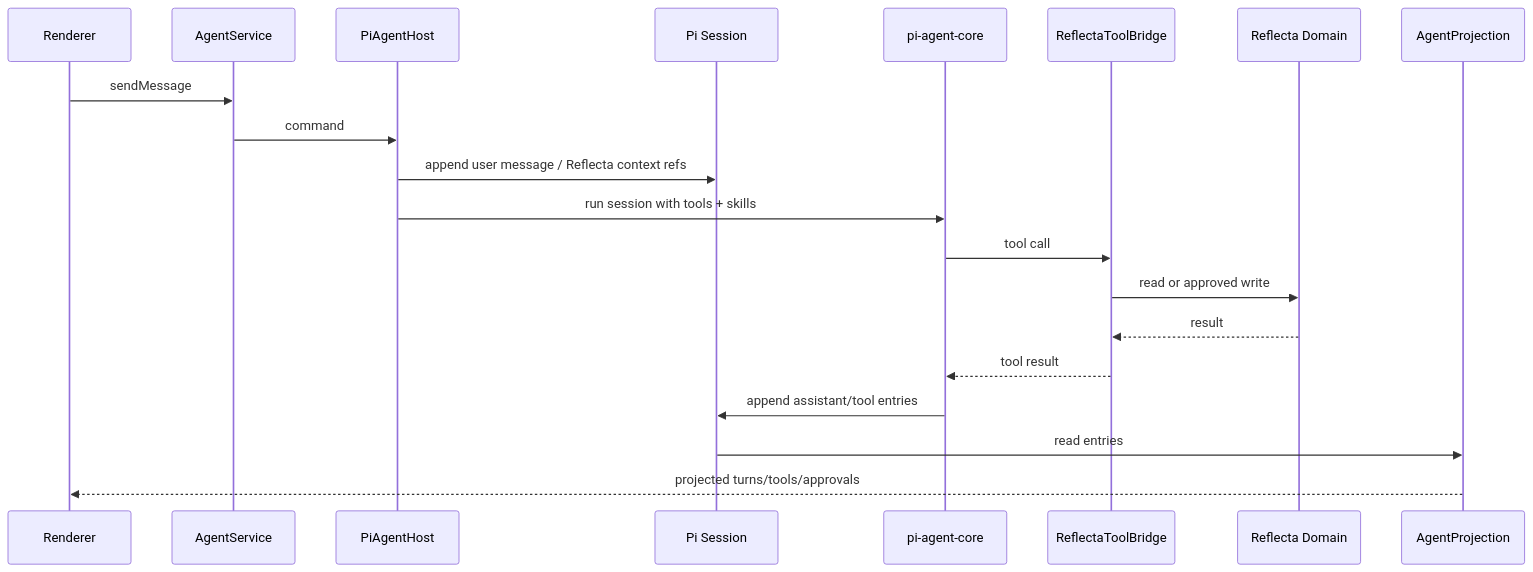
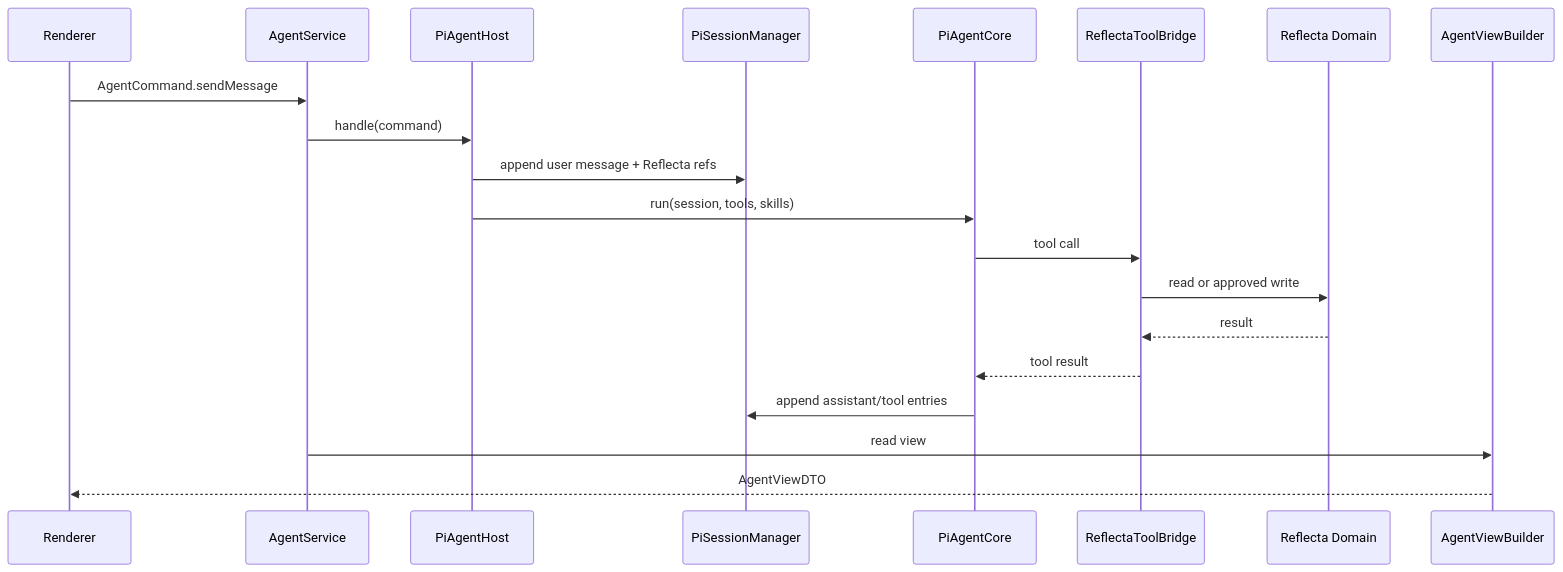
The sixth of 6 diagrams in docs/iterations/v1.1.0/tech/agent-pi-runtime-architecture.md (Floribunda1/reflecta), drawn with Mermaid before and after one commit. The commit also changed other lines of this file, not shown here.

Commit message:
docs(agent): split pi architecture frontend backend

````diff
--- a/docs/iterations/v1.1.0/tech/agent-pi-runtime-architecture.md
+++ b/docs/iterations/v1.1.0/tech/agent-pi-runtime-architecture.md
@@ -489,23 +465,23 @@
 ```mermaid
 sequenceDiagram
   participant UI as Renderer
-  participant Service as AgentService
+  participant IPC as AgentService
   participant Host as PiAgentHost
-  participant Session as Pi Session
-  participant Pi as pi-agent-core
+  participant Session as PiSessionManager
+  participant Pi as PiAgentCore
   participant Tools as ReflectaToolBridge
   participant Domain as Reflecta Domain
-  participant Projection as AgentProjection
+  participant View as AgentViewBuilder
 
-  UI->>Service: sendMessage
-  Service->>Host: command
-  Host->>Session: append user message / Reflecta context refs
-  Host->>Pi: run session with tools + skills
+  UI->>IPC: AgentCommand.sendMessage
+  IPC->>Host: handle(command)
+  Host->>Session: append user message + Reflecta refs
+  Host->>Pi: run(session, tools, skills)
   Pi->>Tools: tool call
   Tools->>Domain: read or approved write
   Domain-->>Tools: result
   Tools-->>Pi: tool result
   Pi->>Session: append assistant/tool entries
-  Session->>Projection: read entries
-  Projection-->>UI: projected turns/tools/approvals
+  IPC->>View: read view
+  View-->>UI: AgentViewDTO
 ```
````
